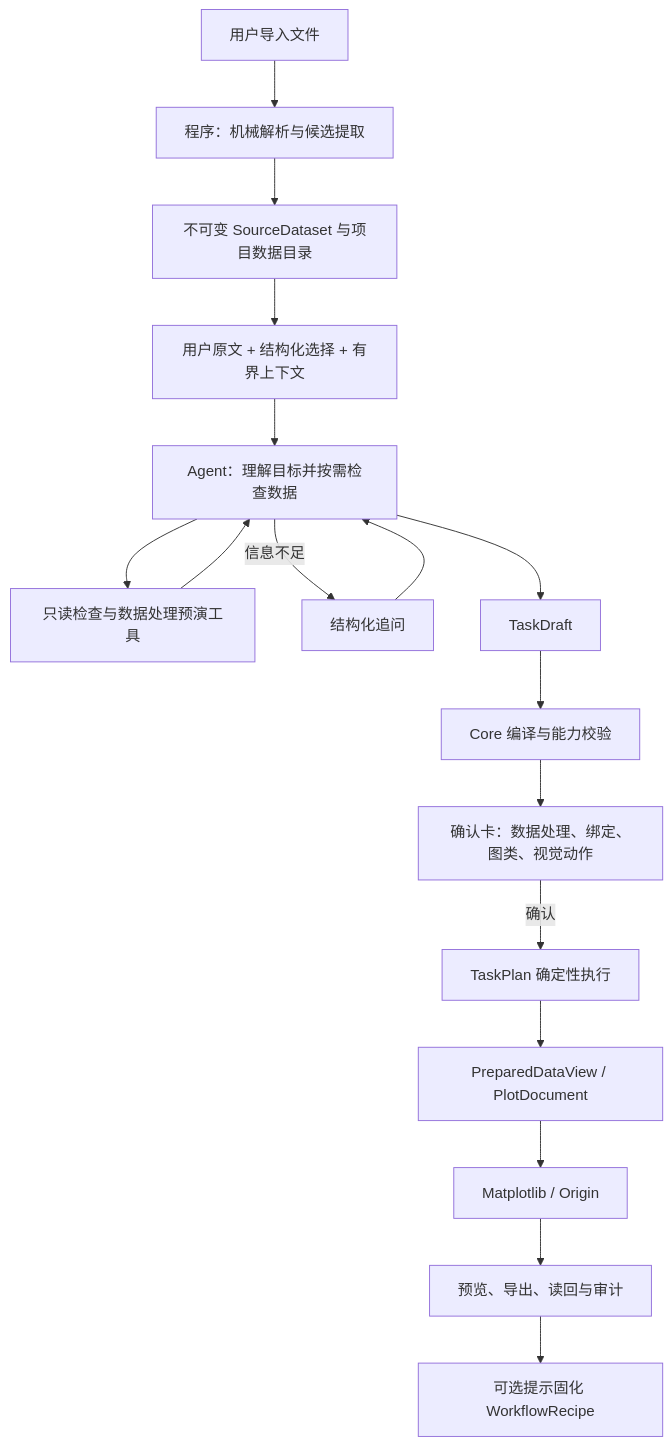
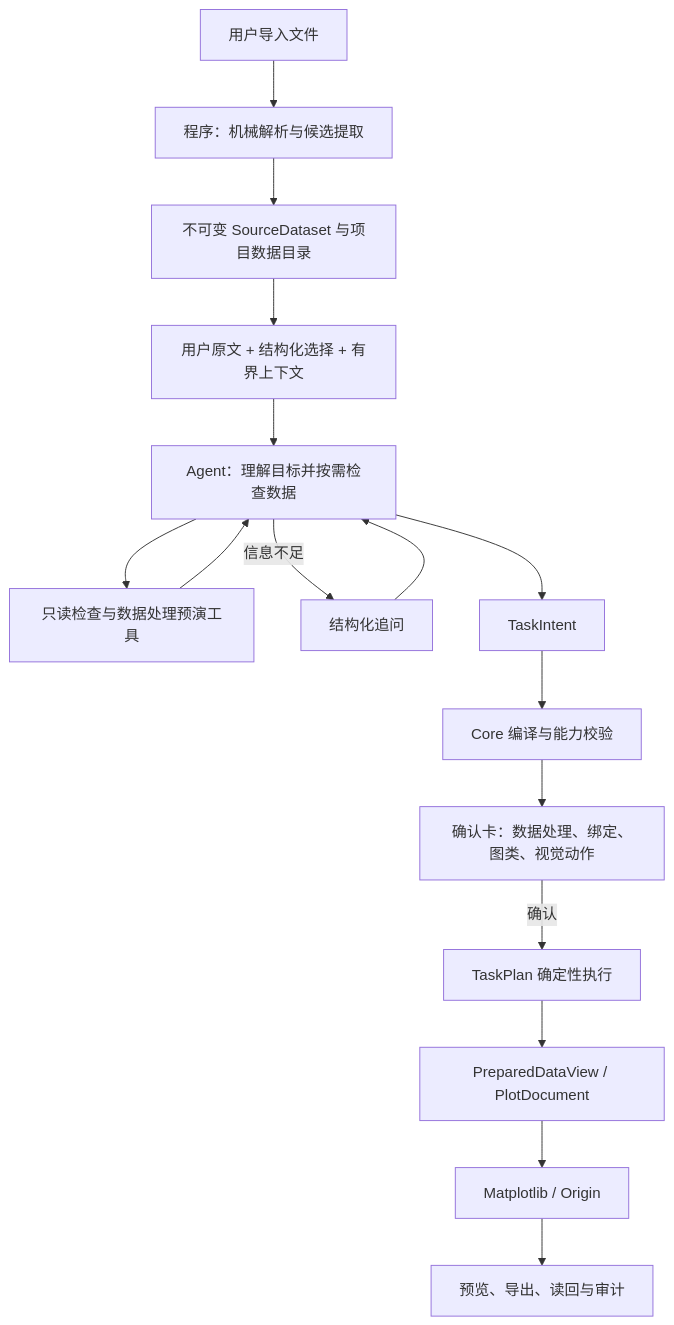
Before and after one commit to jike370/PlotAgent: the diagram in docs/AGENT-ORCHESTRATION-ARCHITECTURE.md, drawn with Mermaid. The commit also changed other lines of this file and 53 other files, not shown here.

````diff
--- a/docs/AGENT-ORCHESTRATION-ARCHITECTURE.md
+++ b/docs/AGENT-ORCHESTRATION-ARCHITECTURE.md
@@ -41,19 +36,18 @@
 ```mermaid
 flowchart TD
     A["用户导入文件"] --> B["程序：机械解析与候选提取"]
     B --> C["不可变 SourceDataset 与项目数据目录"]
     C --> D["用户原文 + 结构化选择 + 有界上下文"]
     D --> E["Agent：理解目标并按需检查数据"]
     E --> F["只读检查与数据处理预演工具"]
     F --> E
     E -->|"信息不足"| Q["结构化追问"]
     Q --> E
-    E --> G["TaskDraft"]
+    E --> G["TaskIntent"]
     G --> H["Core 编译与能力校验"]
     H --> I["确认卡：数据处理、绑定、图类、视觉动作"]
     I -->|"确认"| J["TaskPlan 确定性执行"]
     J --> K["PreparedDataView / PlotDocument"]
     K --> L["Matplotlib / Origin"]
     L --> M["预览、导出、读回与审计"]
-    M --> N["可选提示固化 WorkflowRecipe"]
 ```
````
